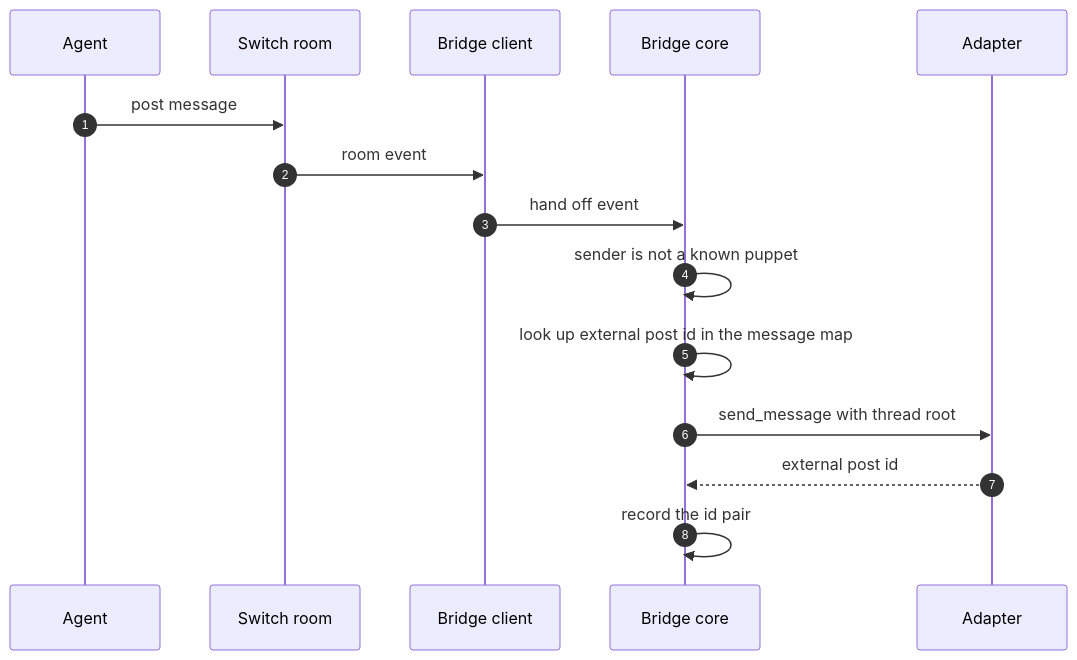
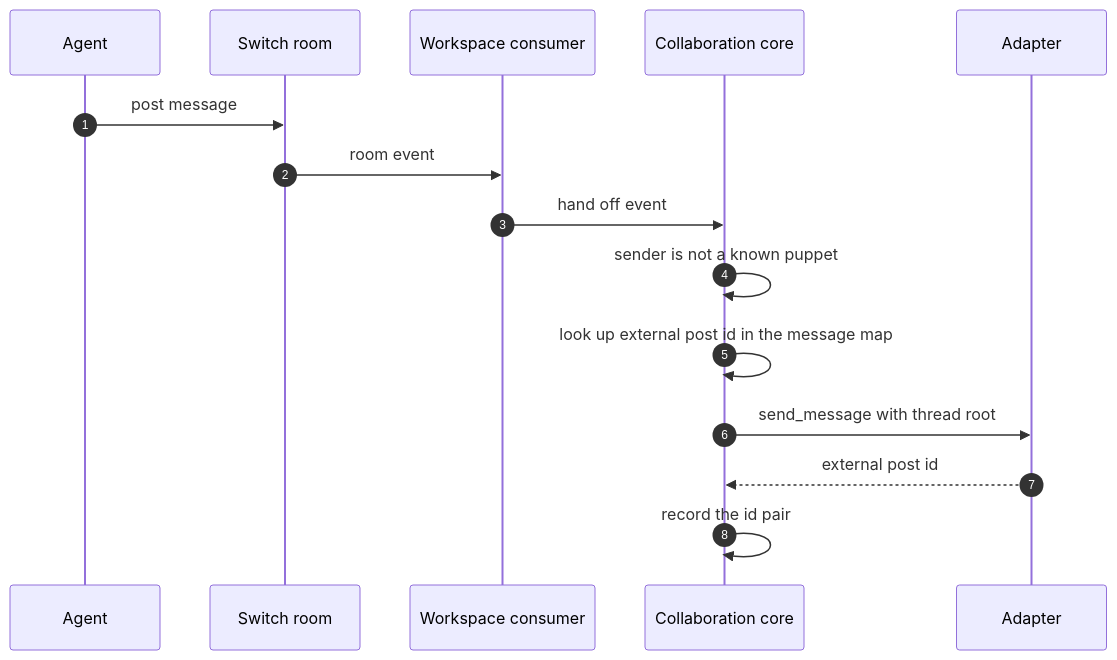
One commit to Chris-Willis/switch changed the second of 2 diagrams in docs/official/internals/collaboration-bridge.md. Above: the diagram before and after it, drawn with Mermaid. The commit also changed other lines of this file and 7 other files, not shown here.

````diff
--- a/docs/official/internals/collaboration-bridge.md
+++ b/docs/official/internals/collaboration-bridge.md
@@ -193,18 +193,18 @@
 ```mermaid
 %%{init: {'themeVariables': {'fontSize': '13px'}}}%%
 sequenceDiagram
   autonumber
   participant G as Agent
   participant R as Switch room
-  participant C as Bridge client
-  participant B as Bridge core
+  participant C as Workspace consumer
+  participant B as Collaboration core
   participant A as Adapter
   G->>R: post message
   R->>C: room event
   C->>B: hand off event
   B->>B: sender is not a known puppet
   B->>B: look up external post id in the message map
   B->>A: send_message with thread root
   A-->>B: external post id
   B->>B: record the id pair
 ```
````
